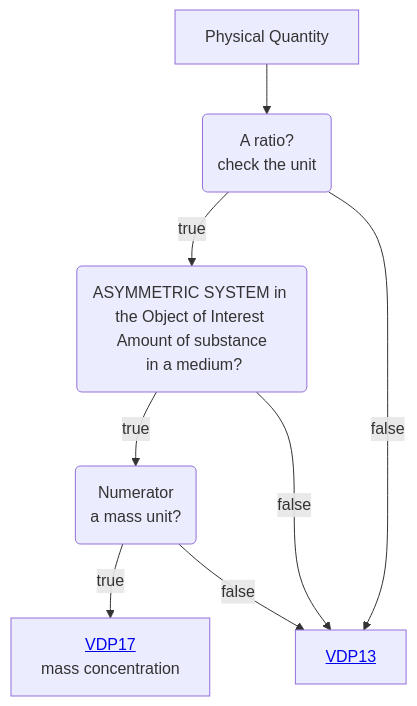
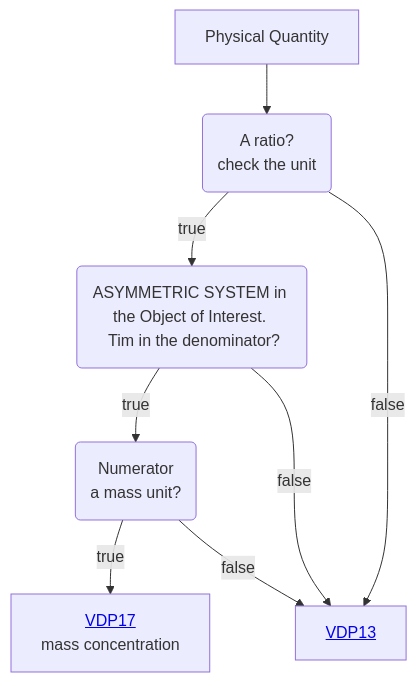
Before and after one commit to mabablue/I-ADOPT-patterns-playground: the diagram in Decisition_trees/DT2.mmd, drawn with Mermaid.

Commit message:
Update decision tree node description for clarity

```diff
--- a/Decisition_trees/DT2.mmd
+++ b/Decisition_trees/DT2.mmd
@@ -1,8 +1,8 @@
 flowchart TD
     A[Physical Quantity] --> B(A ratio?<br>check the unit)
-    B --> |true|C(ASYMMETRIC SYSTEM in the Object of Interest <br> Amount of substance <br> in a medium?) 
+    B --> |true|C(ASYMMETRIC SYSTEM in the Object of Interest. <br> Tim in the denominator?) 
     B --> |false|D[<a href='https://github.com/mabablue/I-ADOPT-patterns-playground/blob/main/pattern/VDP13.yaml'>VDP13</a>]
     C --> |true|E(Numerator <br> a mass unit?)
     C --> |false|D
     E --> |true|F[<a href='https://github.com/mabablue/I-ADOPT-patterns-playground/blob/main/pattern/VDP17.yaml'>VDP17</a> <br> mass concentration]
     E --> |false|D
```
